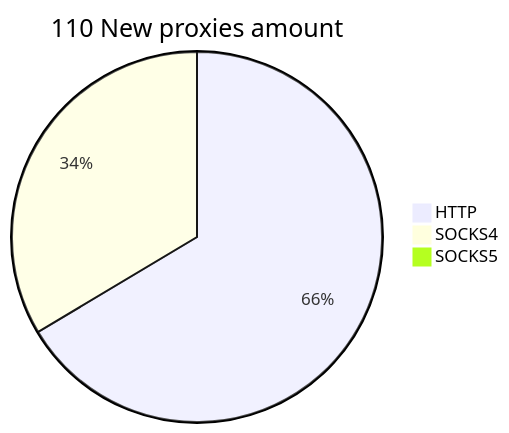
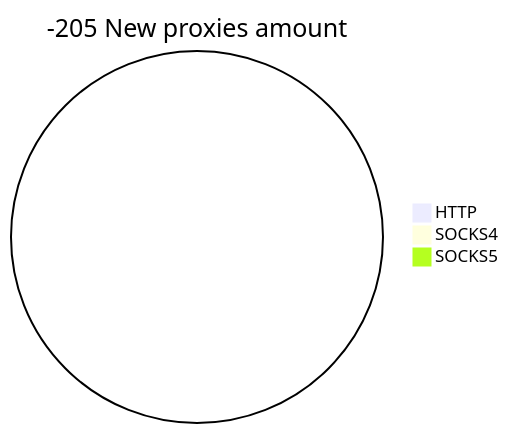
One commit to cutipu/proxylist changed the second of 2 diagrams in README.md. Above: the diagram before and after it, drawn with Mermaid. The commit also changed other lines of this file, not shown here.

````diff
--- a/README.md
+++ b/README.md
@@ -10,6 +10,6 @@
 ```mermaid
-pie title 110 New proxies amount
-    "HTTP" : 91
-    "SOCKS4" : 46
+pie title -205 New proxies amount
+    "HTTP" : 0
+    "SOCKS4" : 0
     "SOCKS5" : 0
 ```
````
